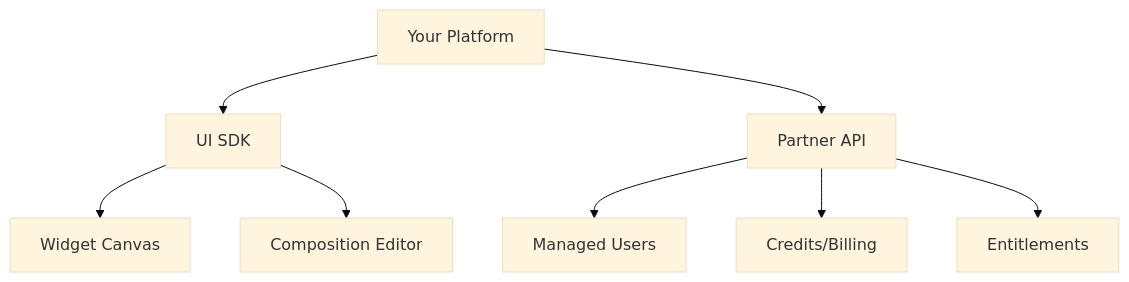
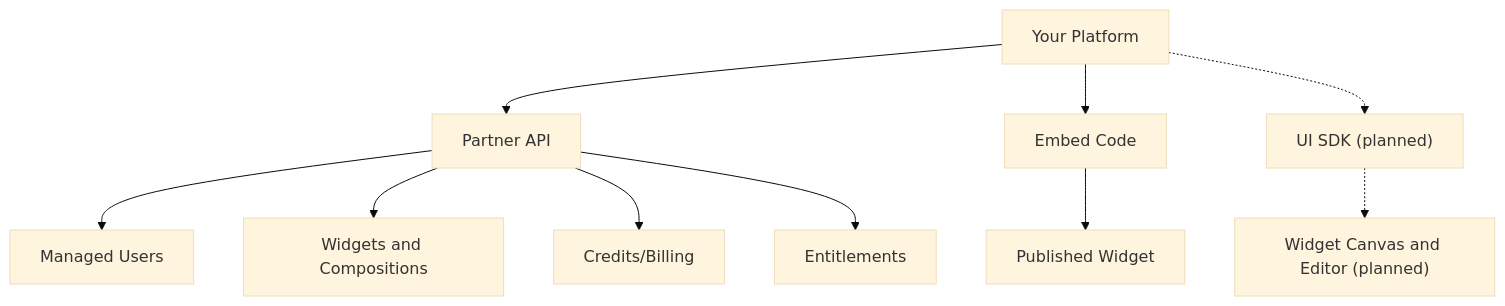
The diagram in docs/partners/overview.mdx (widgetic/docs), drawn with Mermaid (base theme) before and after one commit. The commit also changed other lines of this file and 17 other files, not shown here.

````diff
--- a/docs/partners/overview.mdx
+++ b/docs/partners/overview.mdx
@@ -35,10 +36,12 @@
 ```mermaid
 flowchart TD
-    Partner[Your Platform] --> UI[UI SDK]
-    Partner --> API[Partner API]
-    UI --> Canvas[Widget Canvas]
-    UI --> Editor[Composition Editor]
+    Partner[Your Platform] --> API[Partner API]
+    Partner --> Embed[Embed Code]
     API --> Users[Managed Users]
+    API --> Compositions[Widgets and Compositions]
     API --> Credits[Credits/Billing]
     API --> Entitlements[Entitlements]
+    Embed --> Published[Published Widget]
+    Partner -.-> UI["UI SDK (planned)"]
+    UI -.-> Canvas["Widget Canvas and Editor (planned)"]
 ```
````
